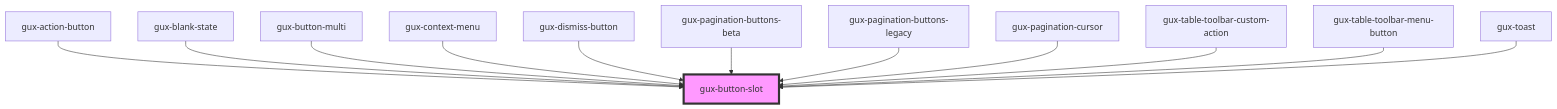
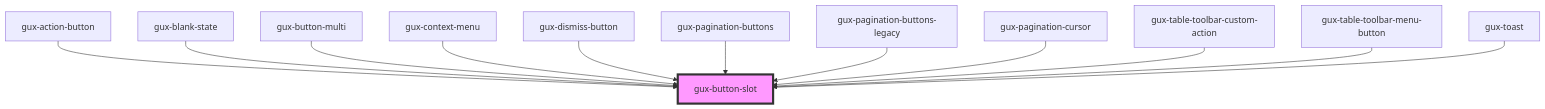
The diagram in packages/genesys-spark-components/src/components/stable/gux-button-slot/readme.md (MyPureCloud/genesys-spark), drawn with Mermaid before and after one commit. The commit also changed other lines of this file and 93 other files, not shown here.

First line of the commit message:
refactor(pagination-beta): move from beta to stable

````diff
--- a/packages/genesys-spark-components/src/components/stable/gux-button-slot/readme.md
+++ b/packages/genesys-spark-components/src/components/stable/gux-button-slot/readme.md
@@ -36,15 +36,15 @@
 ```mermaid
 graph TD;
   gux-action-button --> gux-button-slot
   gux-blank-state --> gux-button-slot
   gux-button-multi --> gux-button-slot
   gux-context-menu --> gux-button-slot
   gux-dismiss-button --> gux-button-slot
-  gux-pagination-buttons-beta --> gux-button-slot
+  gux-pagination-buttons --> gux-button-slot
   gux-pagination-buttons-legacy --> gux-button-slot
   gux-pagination-cursor --> gux-button-slot
   gux-table-toolbar-custom-action --> gux-button-slot
   gux-table-toolbar-menu-button --> gux-button-slot
   gux-toast --> gux-button-slot
   style gux-button-slot fill:#f9f,stroke:#333,stroke-width:4px
 ```
````
